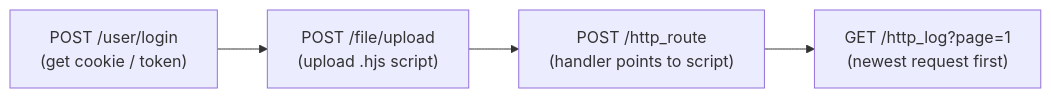
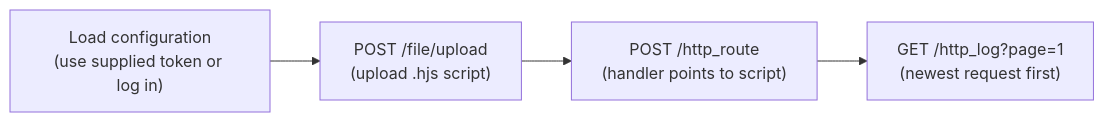
The diagram in skills/xss-receiver/SKILL.md (rmb122/xss-receiver-rs), drawn with Mermaid before and after one commit. The commit also changed other lines of this file and 33 other files, not shown here.

````diff
--- a/skills/xss-receiver/SKILL.md
+++ b/skills/xss-receiver/SKILL.md
@@ -66,6 +101,6 @@
 ```mermaid
 flowchart LR
-  login["POST /user/login\n(get cookie / token)"] --> upload["POST /file/upload\n(upload .hjs script)"]
+  auth["Load configuration\n(use supplied token or log in)"] --> upload["POST /file/upload\n(upload .hjs script)"]
   upload --> route["POST /http_route\n(handler points to script)"]
   route --> logs["GET /http_log?page=1\n(newest request first)"]
 ```
````
